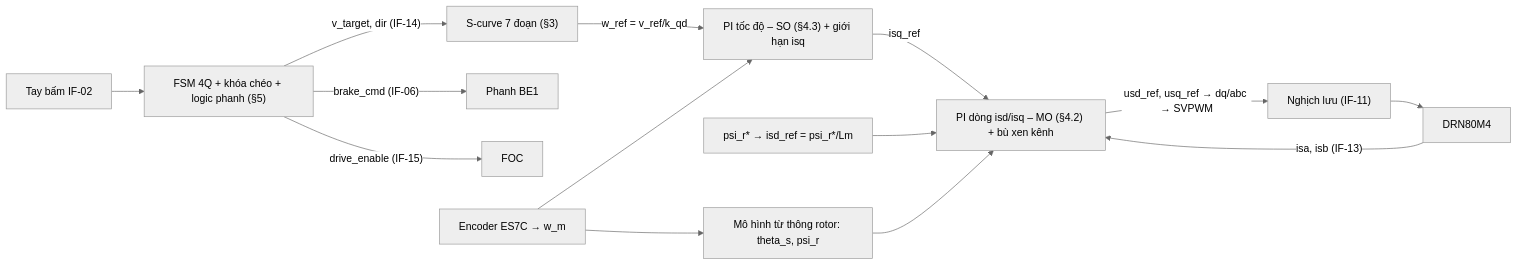
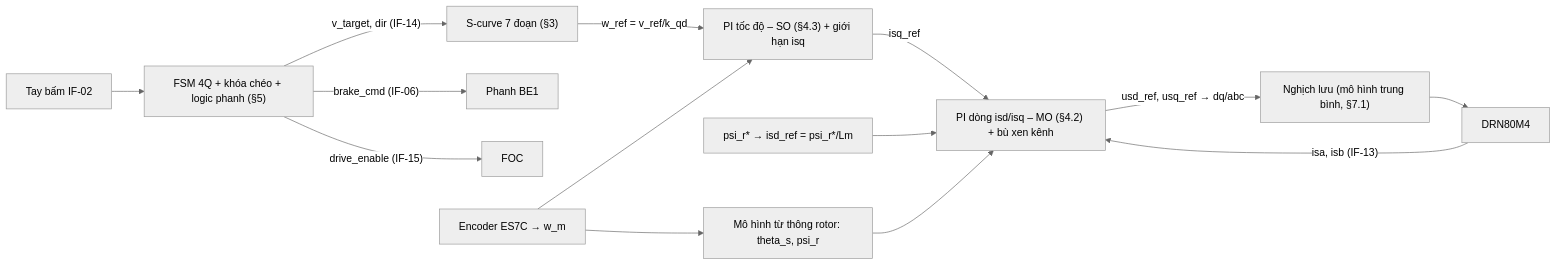
One commit to ntdong3008-tech/Crane-trolley changed the first of 2 diagrams in Block 3/03_SDD_Thiet_ke_Dieu_khien_va_Logic_v1.0.md. Above: the diagram before and after it, drawn with Mermaid (neutral theme). The commit also changed other lines of this file and 22 other files, not shown here.

````diff
--- a/Block 3/03_SDD_Thiet_ke_Dieu_khien_va_Logic_v1.0.md
+++ b/Block 3/03_SDD_Thiet_ke_Dieu_khien_va_Logic_v1.0.md
@@ -15,16 +16,16 @@
 ```mermaid
 graph LR
     HMI["Tay bấm IF-02"] --> FSM["FSM 4Q + khóa chéo + logic phanh (§5)"]
     FSM -->|"v_target, dir (IF-14)"| SC["S-curve 7 đoạn (§3)"]
     FSM -->|"brake_cmd (IF-06)"| BR["Phanh BE1"]
     FSM -->|"drive_enable (IF-15)"| FOC
     SC -->|"w_ref = v_ref/k_qd"| SPD["PI tốc độ – SO (§4.3) + giới hạn isq"]
     ENC["Encoder ES7C → w_m"] --> SPD
     SPD -->|isq_ref| CUR["PI dòng isd/isq – MO (§4.2) + bù xen kênh"]
     FLX["psi_r* → isd_ref = psi_r*/Lm"] --> CUR
-    CUR -->|"usd_ref, usq_ref → dq/abc → SVPWM"| INV["Nghịch lưu (IF-11)"]
+    CUR -->|"usd_ref, usq_ref → dq/abc"| INV["Nghịch lưu (mô hình trung bình, §7.1)"]
     INV --> MOT["DRN80M4"]
     MOT -->|"isa, isb (IF-13)"| CUR
     MDL["Mô hình từ thông rotor: theta_s, psi_r"] --> CUR
     ENC --> MDL
 ```
````
